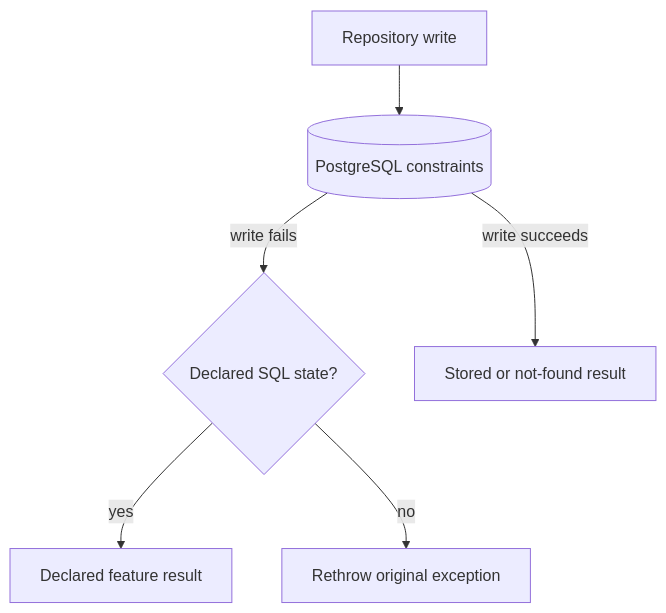
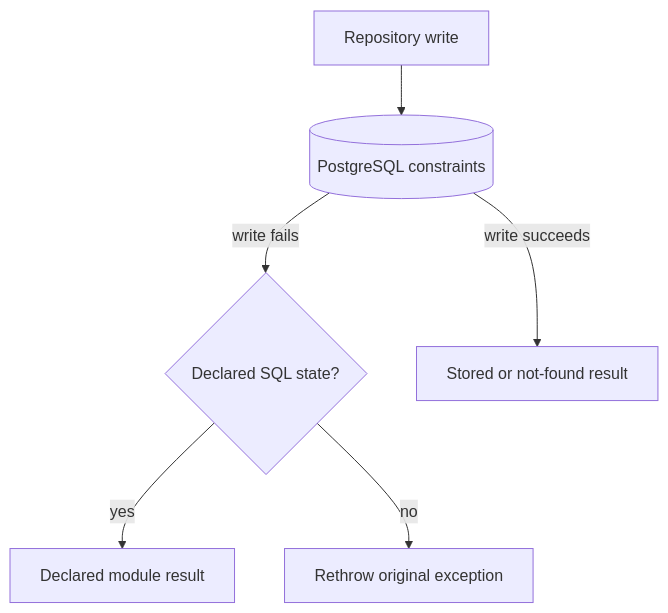
The diagram in docs/dev/backend/persistence-error-handling.md (bitstorm-tech/voenix-shop-kotlin), drawn with Mermaid before and after one commit. The commit also changed other lines of this file and 27 other files, not shown here.

Commit message:
Rename feature APIs to module APIs

````diff
--- a/docs/dev/backend/persistence-error-handling.md
+++ b/docs/dev/backend/persistence-error-handling.md
@@ -20,15 +20,15 @@
 ```mermaid
 flowchart TD
     Repository["Repository write"]
     Database[("PostgreSQL constraints")]
     SqlState{"Declared SQL state?"}
     Stored["Stored or not-found result"]
-    Expected["Declared feature result"]
+    Expected["Declared module result"]
     Unexpected["Rethrow original exception"]
 
     Repository --> Database
     Database -->|"write succeeds"| Stored
     Database -->|"write fails"| SqlState
     SqlState -->|"yes"| Expected
     SqlState -->|"no"| Unexpected
 ```
````
